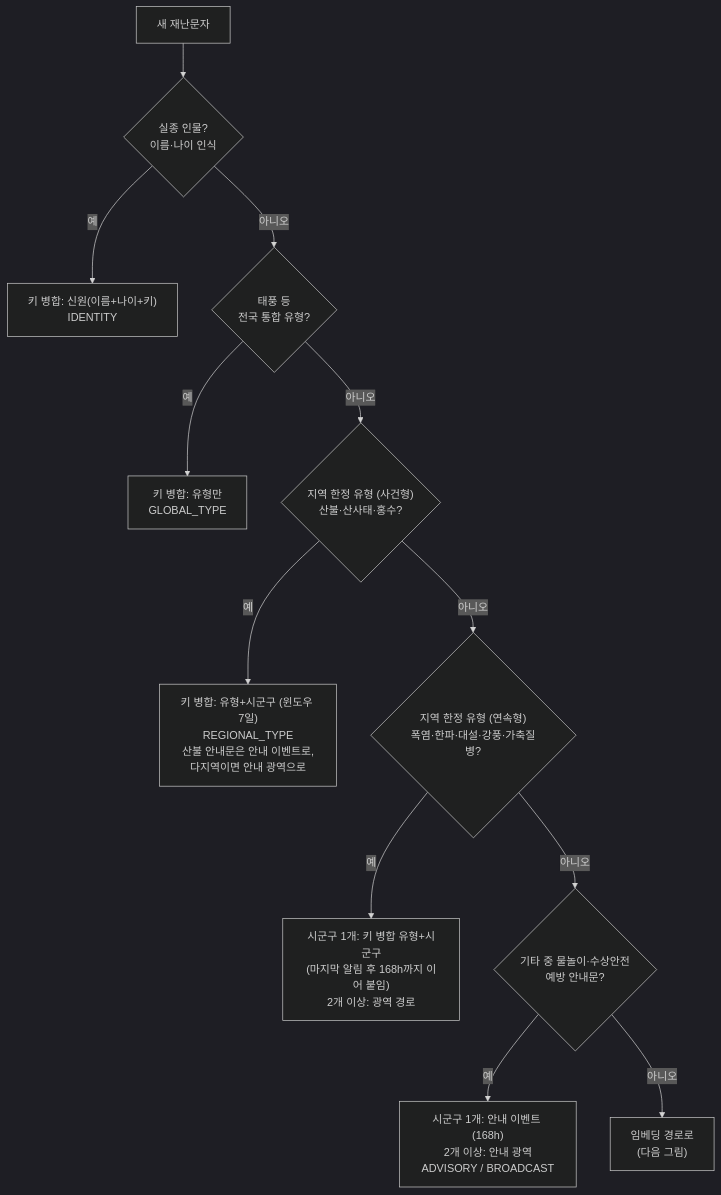
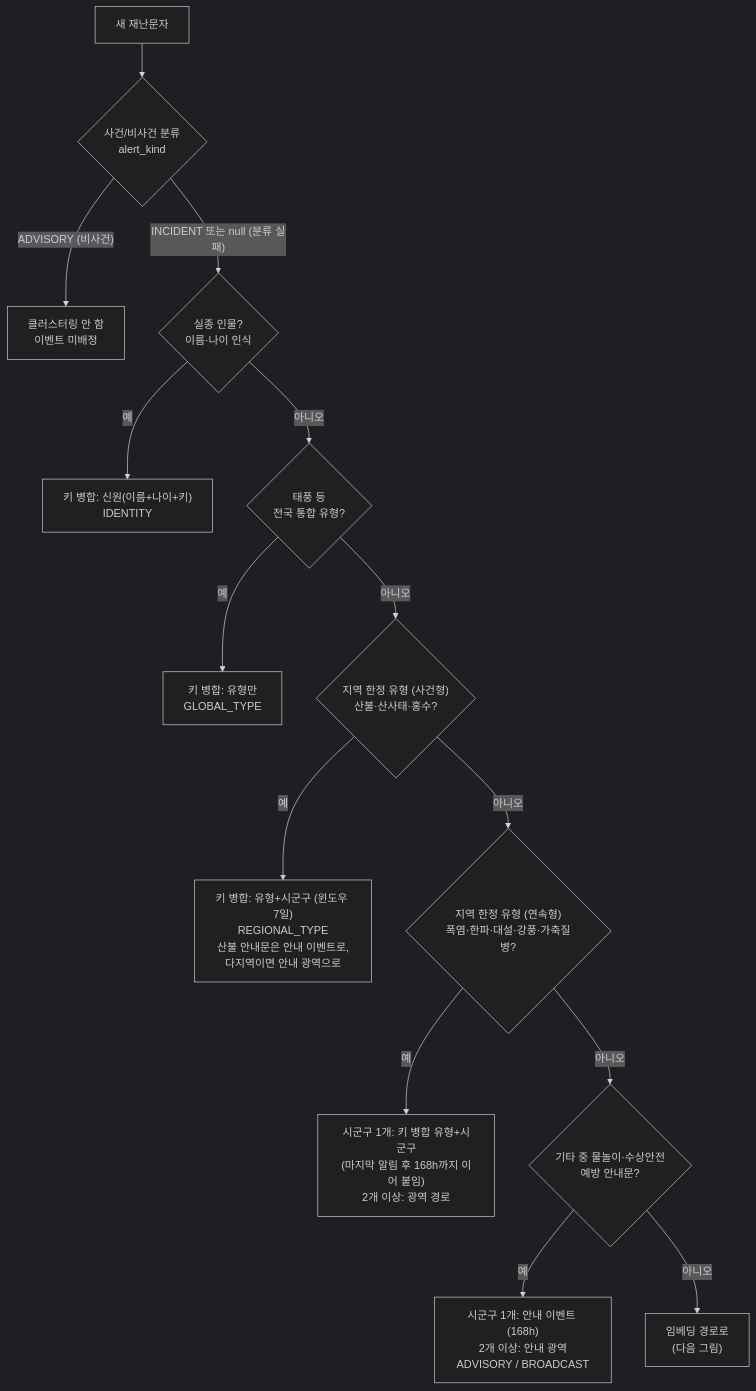
One commit to lshlsh3690/disaster-alert-archive changed the diagram in docs/images/clustering-eval/src/implementation-keys.mmd. Above: the diagram before and after it, drawn with Mermaid (dark theme). The commit also changed 4 other files, not shown here.

First line of the commit message:
docs(event): 클러스터링 평가 문서에 적재·분류(사건/비사건) 단계를 반영한다

```diff
--- a/docs/images/clustering-eval/src/implementation-keys.mmd
+++ b/docs/images/clustering-eval/src/implementation-keys.mmd
@@ -1,12 +1,14 @@
 flowchart TD
-    A["새 재난문자"] --> B{"실종 인물?<br/>이름·나이 인식"}
+    A["새 재난문자"] --> A0{"사건/비사건 분류<br/>alert_kind"}
+    A0 -->|"ADVISORY (비사건)"| A1["클러스터링 안 함<br/>이벤트 미배정"]
+    A0 -->|"INCIDENT 또는 null (분류 실패)"| B{"실종 인물?<br/>이름·나이 인식"}
     B -->|"예"| B1["키 병합: 신원(이름+나이+키)<br/>IDENTITY"]
     B -->|"아니오"| C{"태풍 등<br/>전국 통합 유형?"}
     C -->|"예"| C1["키 병합: 유형만<br/>GLOBAL_TYPE"]
     C -->|"아니오"| D{"지역 한정 유형 (사건형)<br/>산불·산사태·홍수?"}
     D -->|"예"| D1["키 병합: 유형+시군구 (윈도우 7일)<br/>REGIONAL_TYPE<br/>산불 안내문은 안내 이벤트로,<br/>다지역이면 안내 광역으로"]
     D -->|"아니오"| E{"지역 한정 유형 (연속형)<br/>폭염·한파·대설·강풍·가축질병?"}
     E -->|"예"| E1["시군구 1개: 키 병합 유형+시군구<br/>(마지막 알림 후 168h까지 이어 붙임)<br/>2개 이상: 광역 경로"]
     E -->|"아니오"| F{"기타 중 물놀이·수상안전<br/>예방 안내문?"}
     F -->|"예"| F1["시군구 1개: 안내 이벤트 (168h)<br/>2개 이상: 안내 광역<br/>ADVISORY / BROADCAST"]
     F -->|"아니오"| G["임베딩 경로로<br/>(다음 그림)"]
```
